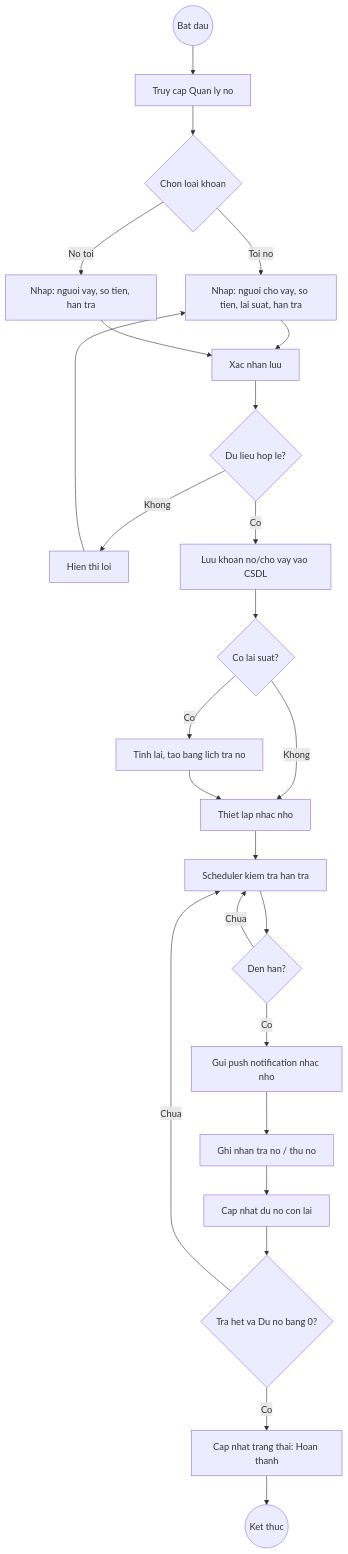
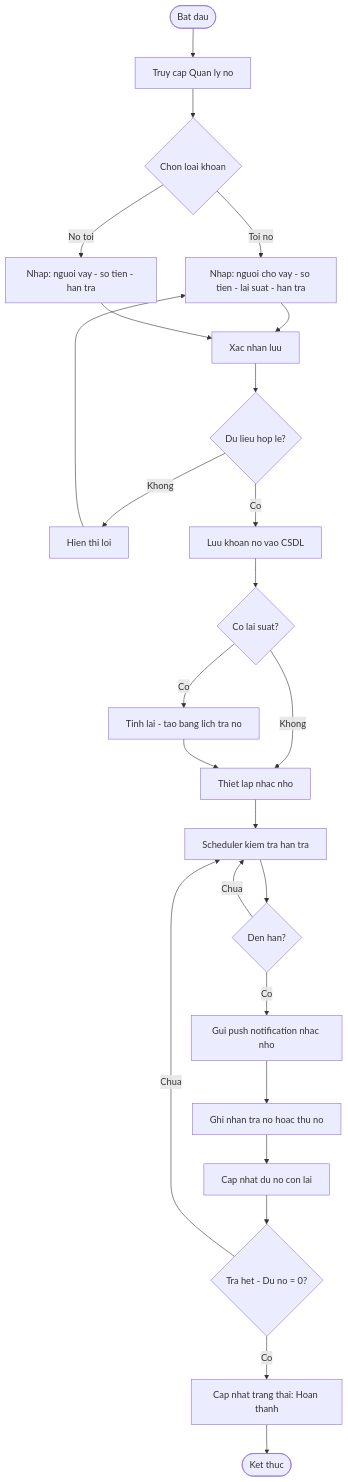
Before and after one commit to Hieu-vn/Graduation-Thesis: the seventh of 10 diagrams in Nghiên cứu MISA MoneyKeeper.md, drawn with Mermaid. The commit also changed other lines of this file, not shown here.

First line of the commit message:
fix: Fix mermaid diagrams QT07-QT10 for GitHub rendering

````diff
--- a/Nghiên cứu MISA MoneyKeeper.md
+++ b/Nghiên cứu MISA MoneyKeeper.md
@@ -214,26 +240,26 @@
 ```mermaid
 flowchart TD
-    A((Bat dau)) --> B[Truy cap Quan ly no]
+    A([Bat dau]) --> B[Truy cap Quan ly no]
     B --> C{Chon loai khoan}
-    C -->|Toi no| D1[Nhap: nguoi cho vay, so tien, lai suat, han tra]
-    C -->|No toi| D2[Nhap: nguoi vay, so tien, han tra]
+    C -->|Toi no| D1[Nhap: nguoi cho vay - so tien - lai suat - han tra]
+    C -->|No toi| D2[Nhap: nguoi vay - so tien - han tra]
     D1 --> E[Xac nhan luu]
     D2 --> E
     E --> F{Du lieu hop le?}
     F -->|Khong| F2[Hien thi loi] --> D1
-    F -->|Co| G[Luu khoan no/cho vay vao CSDL]
+    F -->|Co| G[Luu khoan no vao CSDL]
     G --> G2{Co lai suat?}
-    G2 -->|Co| G3[Tinh lai, tao bang lich tra no]
+    G2 -->|Co| G3[Tinh lai - tao bang lich tra no]
     G2 -->|Khong| G4[Thiet lap nhac nho]
     G3 --> G4
     G4 --> H[Scheduler kiem tra han tra]
     H --> I{Den han?}
     I -->|Chua| H
     I -->|Co| J[Gui push notification nhac nho]
-    J --> K[Ghi nhan tra no / thu no]
+    J --> K[Ghi nhan tra no hoac thu no]
     K --> K2[Cap nhat du no con lai]
-    K2 --> K3{Tra het va Du no bang 0?}
+    K2 --> K3{Tra het - Du no = 0?}
     K3 -->|Co| K4[Cap nhat trang thai: Hoan thanh]
     K3 -->|Chua| H
-    K4 --> L((Ket thuc))
+    K4 --> L([Ket thuc])
 ```
````
